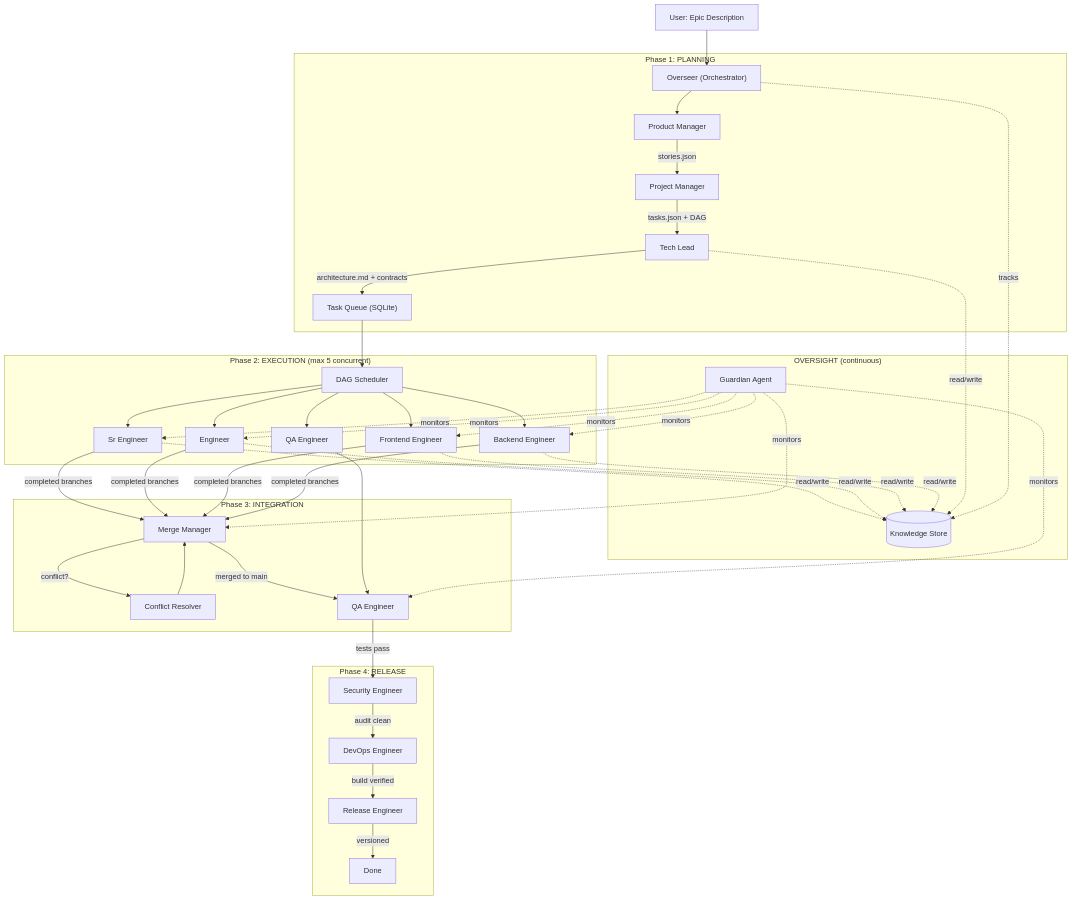
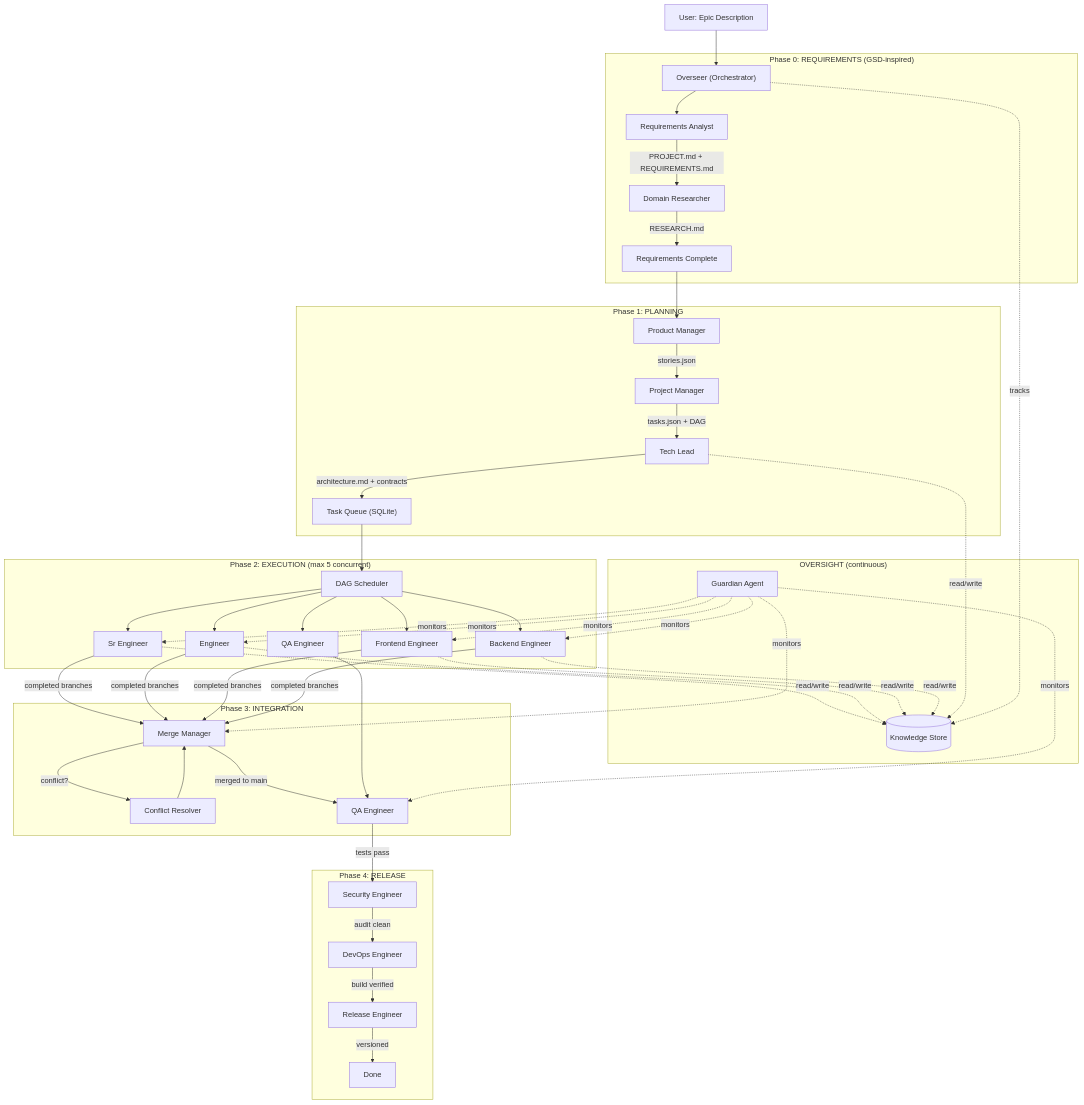
One commit to asikmydeen/claude-auto-setup changed the first of 4 diagrams in overseer/ARCHITECTURE.md. Above: the diagram before and after it, drawn with Mermaid. The commit also changed 4 other files, not shown here.

First line of the commit message:
feat: GSD-inspired requirements gathering — Phase 0 before any planning

````diff
--- a/overseer/ARCHITECTURE.md
+++ b/overseer/ARCHITECTURE.md
@@ -5,44 +5,50 @@
 ```mermaid
 graph TD
     User["User: Epic Description"] --> Overseer["Overseer (Orchestrator)"]
 
+    subgraph "Phase 0: REQUIREMENTS (GSD-inspired)"
+        Overseer --> RA["Requirements Analyst"]
+        RA -->|"PROJECT.md + REQUIREMENTS.md"| DR["Domain Researcher"]
+        DR -->|"RESEARCH.md"| Ready["Requirements Complete"]
+    end
+
     subgraph "Phase 1: PLANNING"
-        Overseer --> PM["Product Manager"]
+        Ready --> PM["Product Manager"]
         PM -->|"stories.json"| PjM["Project Manager"]
         PjM -->|"tasks.json + DAG"| TL["Tech Lead"]
         TL -->|"architecture.md + contracts"| Queue["Task Queue (SQLite)"]
     end
 
     subgraph "Phase 2: EXECUTION (max 5 concurrent)"
         Queue --> Sched["DAG Scheduler"]
         Sched --> SrE["Sr Engineer"]
         Sched --> Eng["Engineer"]
         Sched --> FE["Frontend Engineer"]
         Sched --> BE["Backend Engineer"]
         Sched --> QA2["QA Engineer"]
     end
 
     subgraph "Phase 3: INTEGRATION"
         SrE & Eng & FE & BE -->|"completed branches"| MM["Merge Manager"]
         MM -->|"conflict?"| CR["Conflict Resolver"]
         CR --> MM
         MM -->|"merged to main"| QA["QA Engineer"]
         QA2 --> QA
     end
 
     subgraph "Phase 4: RELEASE"
         QA -->|"tests pass"| Sec["Security Engineer"]
         Sec -->|"audit clean"| DevOps["DevOps Engineer"]
         DevOps -->|"build verified"| Rel["Release Engineer"]
         Rel -->|"versioned"| Done["Done"]
     end
 
     subgraph "OVERSIGHT (continuous)"
         Guard["Guardian Agent"]
         KS[("Knowledge Store")]
     end
 
     Guard -.->|"monitors"| SrE & Eng & FE & BE & MM & QA
     SrE & Eng & FE & BE & TL -.->|"read/write"| KS
     Overseer -.->|"tracks"| KS
 ```
````
